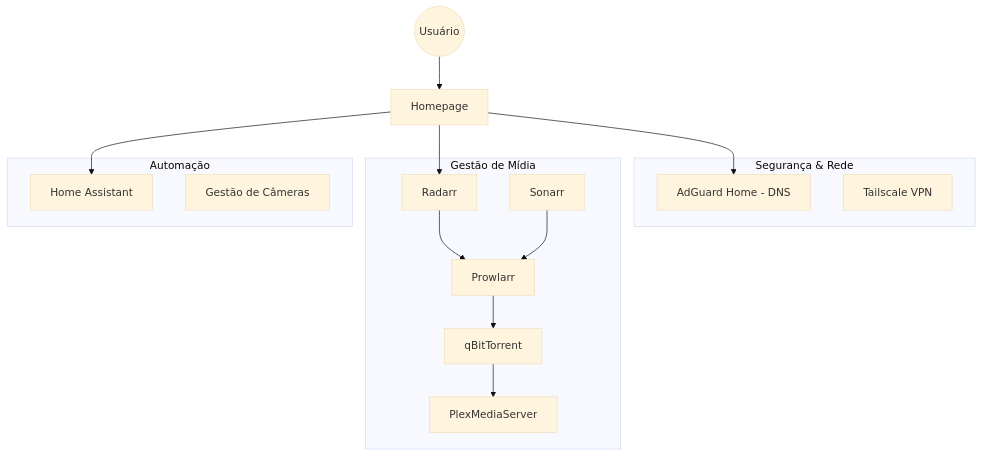
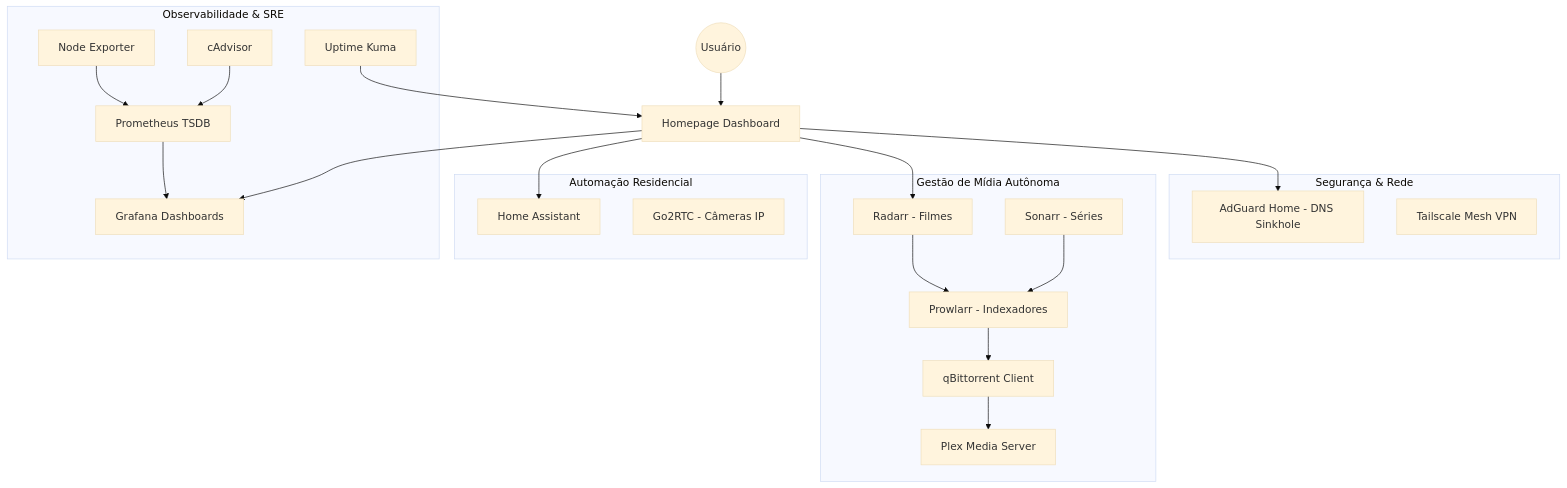
One commit to souusa26/my-homelab changed the diagram in README.md. Above: the diagram before and after it, drawn with Mermaid (base theme). The commit also changed other lines of this file, not shown here.

Commit message:
docs: aprimora documentacao para portfolio com observabilidade, badges e refinamento tecnico

````diff
--- a/README.md
+++ b/README.md
@@ -83,56 +135,44 @@
 ```mermaid
-
 graph TD
-
-    User((Usuário)) --> Dashboard[Homepage]
-
-    
+    User((Usuário)) --> Dashboard[Homepage Dashboard]
 
     subgraph "Segurança & Rede"
-
-        AdGuard[AdGuard Home - DNS]
-
-        Tailscale[Tailscale VPN]
-
+        AdGuard[AdGuard Home - DNS Sinkhole]
+        Tailscale[Tailscale Mesh VPN]
     end
 
-
-
-    subgraph "Gestão de Mídia"
-
-        Radarr
-
-        Sonarr
-
-        Prowlarr
-
-        qBitTorrent
-
-        PlexMediaServer
-
+    subgraph "Gestão de Mídia Autônoma"
+        Radarr[Radarr - Filmes]
+        Sonarr[Sonarr - Séries]
+        Prowlarr[Prowlarr - Indexadores]
+        qBittorrent[qBittorrent Client]
+        PlexMediaServer[Plex Media Server]
     end
 
-
-
-    subgraph "Automação"
-
+    subgraph "Automação Residencial"
         HA[Home Assistant]
-
-        Go2RTC[Gestão de Câmeras]
-
+        Go2RTC[Go2RTC - Câmeras IP]
     end
 
-
+    subgraph "Observabilidade & SRE"
+        NodeExp[Node Exporter]
+        cAdvisor[cAdvisor]
+        Prometheus[Prometheus TSDB]
+        Grafana[Grafana Dashboards]
+        UptimeKuma[Uptime Kuma]
+    end
 
     Dashboard --> HA
+    Dashboard --> Radarr
+    Dashboard --> AdGuard
+    Dashboard --> Grafana
 
-    Dashboard --> Radarr
+    Prowlarr --> qBittorrent
+    Radarr & Sonarr --> Prowlarr
+    qBittorrent --> PlexMediaServer
 
-    Dashboard --> AdGuard
-
-    qBitTorrent --> PlexMediaServer
-
-    Prowlarr --> qBitTorrent
-
-    Radarr & Sonarr --> Prowlarr
+    NodeExp --> Prometheus
+    cAdvisor --> Prometheus
+    Prometheus --> Grafana
+    UptimeKuma --> Dashboard
 ```
````
